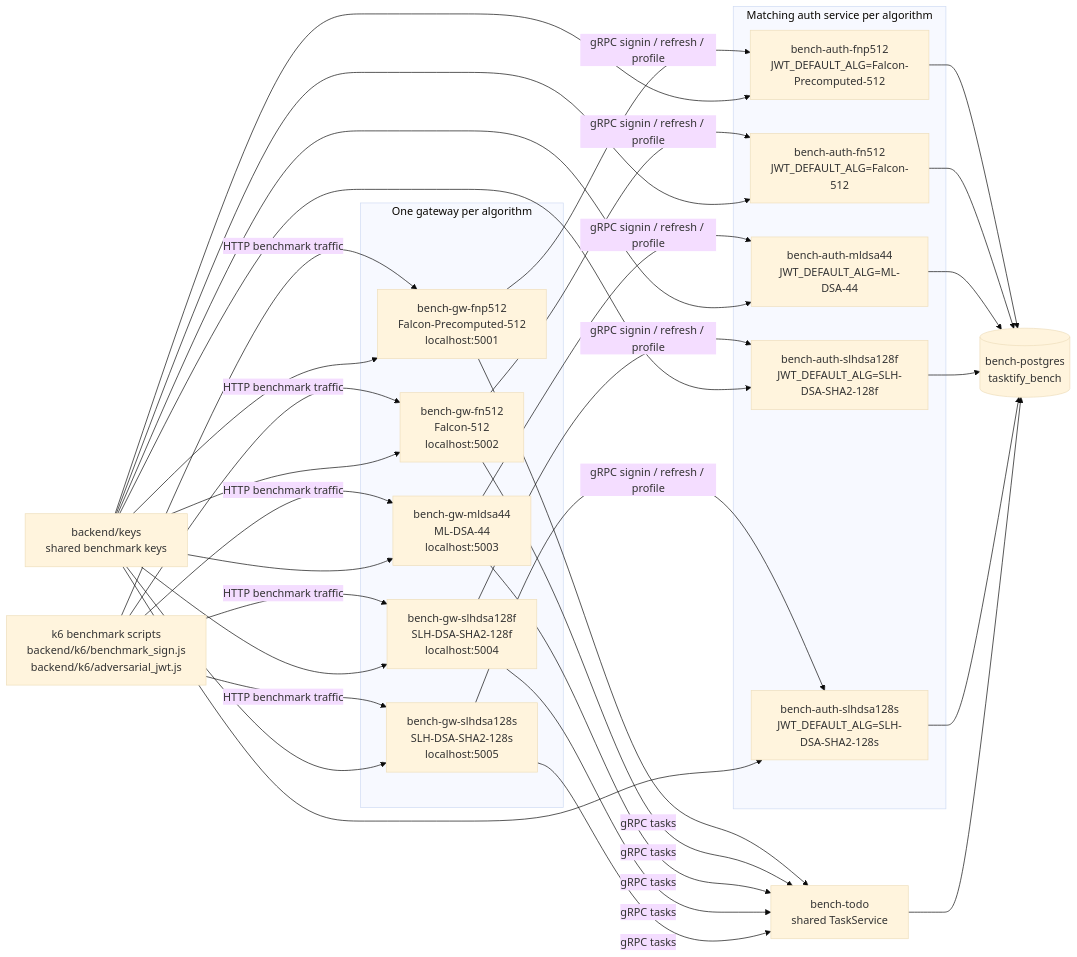
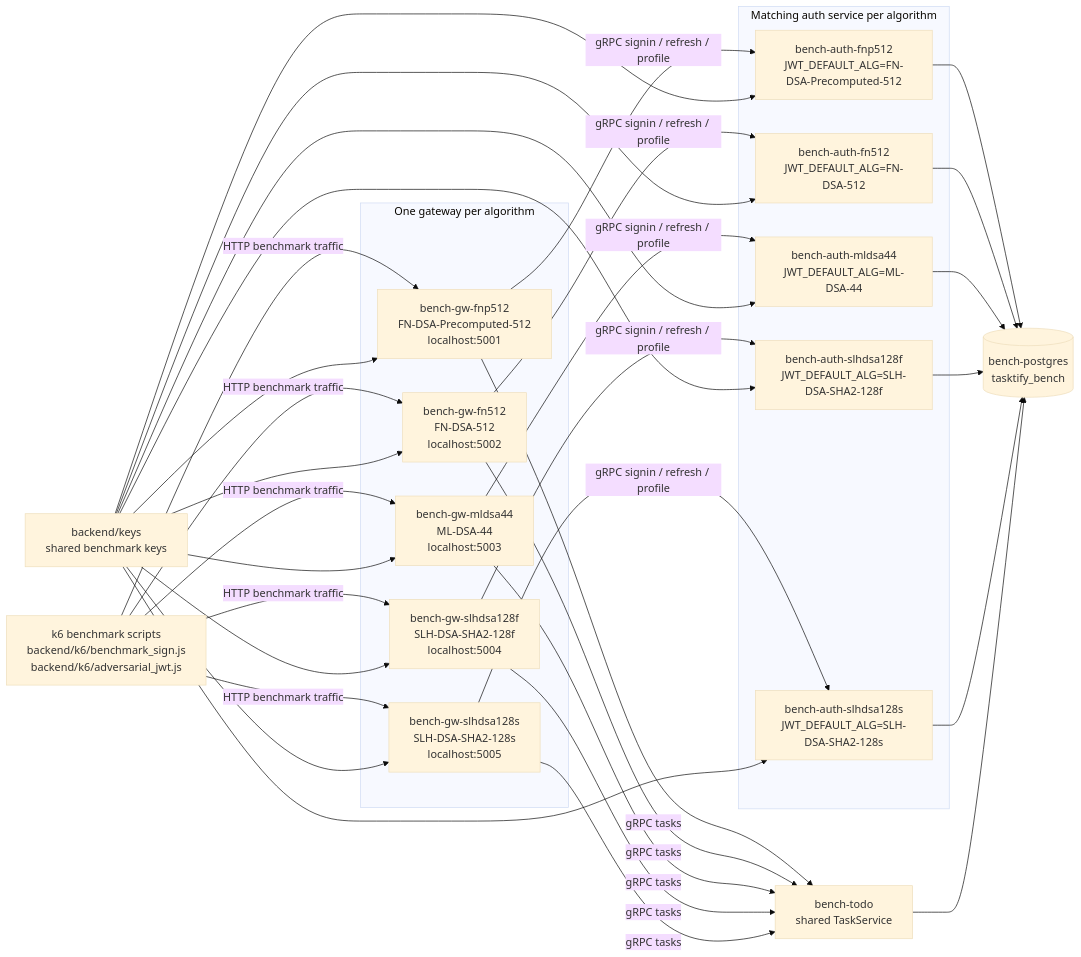
One commit to ridwanmuh3/tasktify changed the fifth of 8 diagrams in docs/research-system-architecture.md. Above: the diagram before and after it, drawn with Mermaid (base theme). The commit also changed other lines of this file and 51 other files, not shown here.

````diff
--- a/docs/research-system-architecture.md
+++ b/docs/research-system-architecture.md
@@ -284,60 +284,60 @@
 ```mermaid
 flowchart LR
   k6["k6 benchmark scripts<br/>backend/k6/benchmark_sign.js<br/>backend/k6/adversarial_jwt.js"]
 
   subgraph gateways["One gateway per algorithm"]
-    gw1["bench-gw-fnp512<br/>Falcon-Precomputed-512<br/>localhost:5001"]
-    gw2["bench-gw-fn512<br/>Falcon-512<br/>localhost:5002"]
+    gw1["bench-gw-fnp512<br/>FN-DSA-Precomputed-512<br/>localhost:5001"]
+    gw2["bench-gw-fn512<br/>FN-DSA-512<br/>localhost:5002"]
     gw3["bench-gw-mldsa44<br/>ML-DSA-44<br/>localhost:5003"]
     gw4["bench-gw-slhdsa128f<br/>SLH-DSA-SHA2-128f<br/>localhost:5004"]
     gw5["bench-gw-slhdsa128s<br/>SLH-DSA-SHA2-128s<br/>localhost:5005"]
   end
 
   subgraph auth_pairs["Matching auth service per algorithm"]
-    a1["bench-auth-fnp512<br/>JWT_DEFAULT_ALG=Falcon-Precomputed-512"]
-    a2["bench-auth-fn512<br/>JWT_DEFAULT_ALG=Falcon-512"]
+    a1["bench-auth-fnp512<br/>JWT_DEFAULT_ALG=FN-DSA-Precomputed-512"]
+    a2["bench-auth-fn512<br/>JWT_DEFAULT_ALG=FN-DSA-512"]
     a3["bench-auth-mldsa44<br/>JWT_DEFAULT_ALG=ML-DSA-44"]
     a4["bench-auth-slhdsa128f<br/>JWT_DEFAULT_ALG=SLH-DSA-SHA2-128f"]
     a5["bench-auth-slhdsa128s<br/>JWT_DEFAULT_ALG=SLH-DSA-SHA2-128s"]
   end
 
   bench_todo["bench-todo<br/>shared TaskService"]
   bench_db[("bench-postgres<br/>tasktify_bench")]
   bench_keys["backend/keys<br/>shared benchmark keys"]
 
   k6 -->|"HTTP benchmark traffic"| gw1
   k6 -->|"HTTP benchmark traffic"| gw2
   k6 -->|"HTTP benchmark traffic"| gw3
   k6 -->|"HTTP benchmark traffic"| gw4
   k6 -->|"HTTP benchmark traffic"| gw5
 
   gw1 -->|"gRPC signin / refresh / profile"| a1
   gw2 -->|"gRPC signin / refresh / profile"| a2
   gw3 -->|"gRPC signin / refresh / profile"| a3
   gw4 -->|"gRPC signin / refresh / profile"| a4
   gw5 -->|"gRPC signin / refresh / profile"| a5
 
   gw1 -->|"gRPC tasks"| bench_todo
   gw2 -->|"gRPC tasks"| bench_todo
   gw3 -->|"gRPC tasks"| bench_todo
   gw4 -->|"gRPC tasks"| bench_todo
   gw5 -->|"gRPC tasks"| bench_todo
 
   a1 --> bench_db
   a2 --> bench_db
   a3 --> bench_db
   a4 --> bench_db
   a5 --> bench_db
   bench_todo --> bench_db
 
   bench_keys --> gw1
   bench_keys --> gw2
   bench_keys --> gw3
   bench_keys --> gw4
   bench_keys --> gw5
   bench_keys --> a1
   bench_keys --> a2
   bench_keys --> a3
   bench_keys --> a4
   bench_keys --> a5
 ```
````
